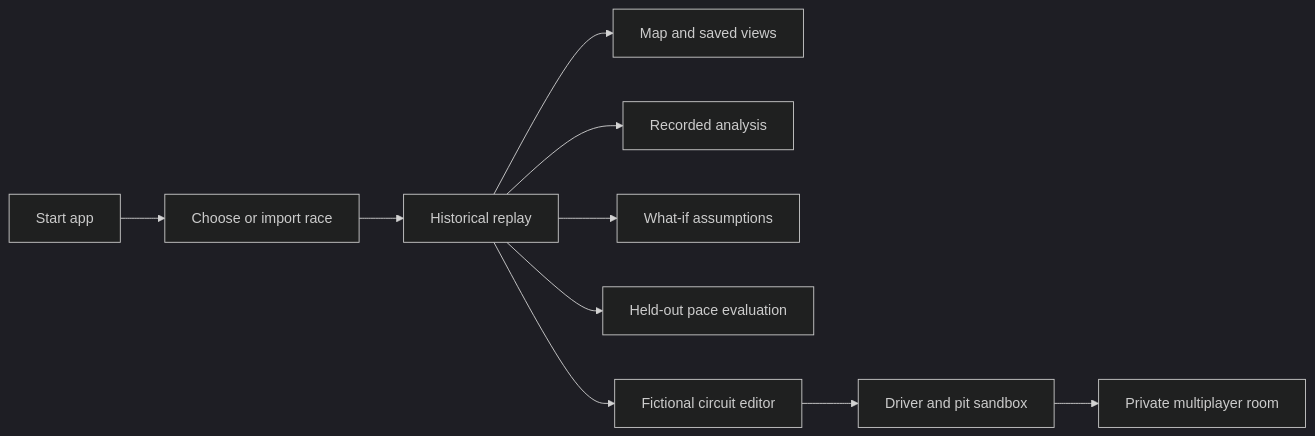
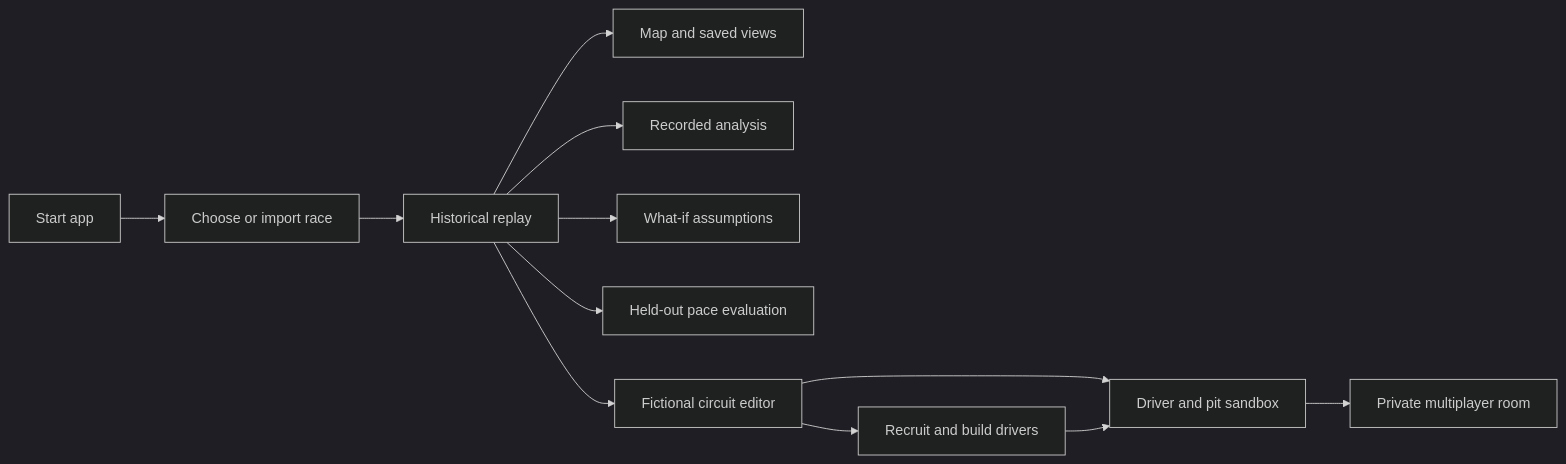
The diagram in docs/USER-GUIDE.md (NirmithDev/pitwall), drawn with Mermaid (dark theme) before and after one commit. The commit also changed other lines of this file and 15 other files, not shown here.

````diff
--- a/docs/USER-GUIDE.md
+++ b/docs/USER-GUIDE.md
@@ -33,12 +35,14 @@
 ```mermaid
 flowchart LR
   Start[Start app] --> Library[Choose or import race]
   Library --> Replay[Historical replay]
   Replay --> Map[Map and saved views]
   Replay --> Analysis[Recorded analysis]
   Replay --> Strategy[What-if assumptions]
   Replay --> Backtest[Held-out pace evaluation]
   Replay --> Editor[Fictional circuit editor]
   Editor --> Sandbox[Driver and pit sandbox]
   Sandbox --> Room[Private multiplayer room]
+  Editor --> Team[Recruit and build drivers]
+  Team --> Sandbox
 ```
````
